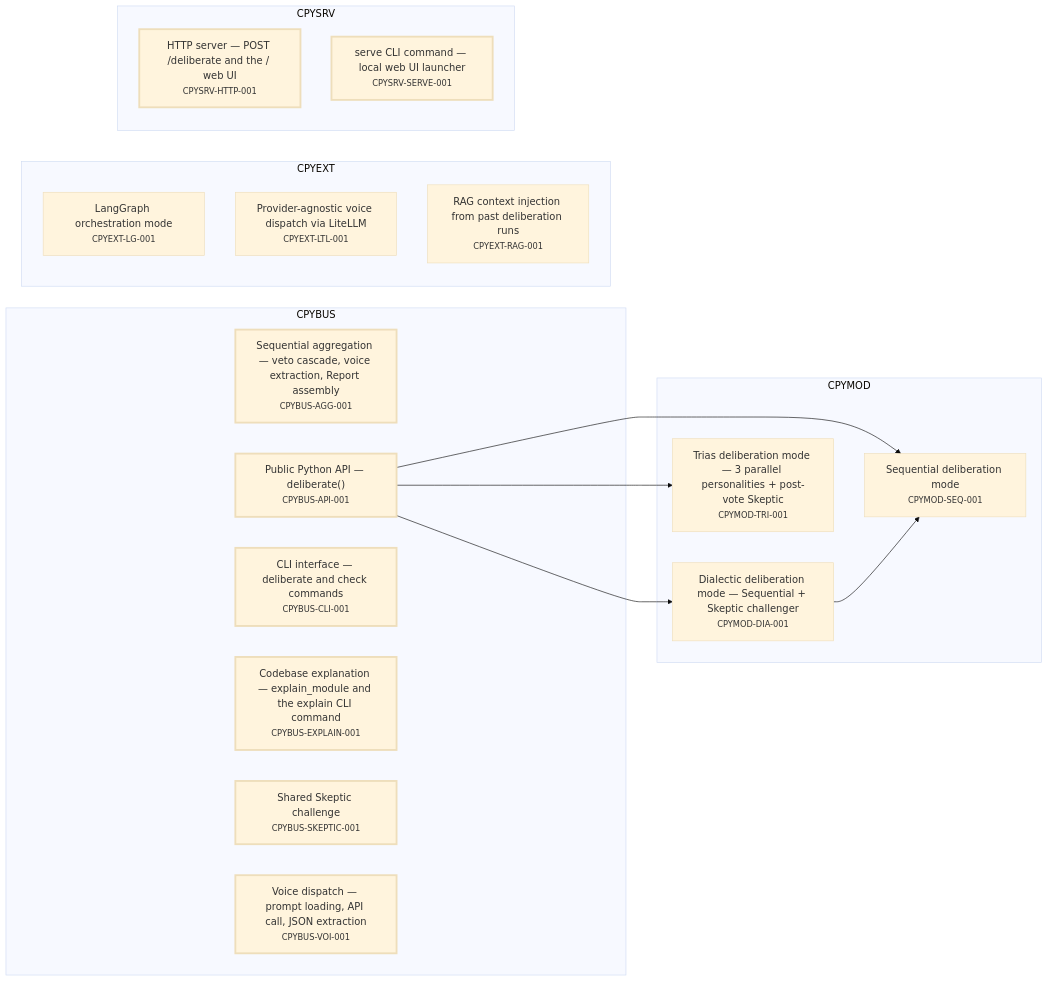
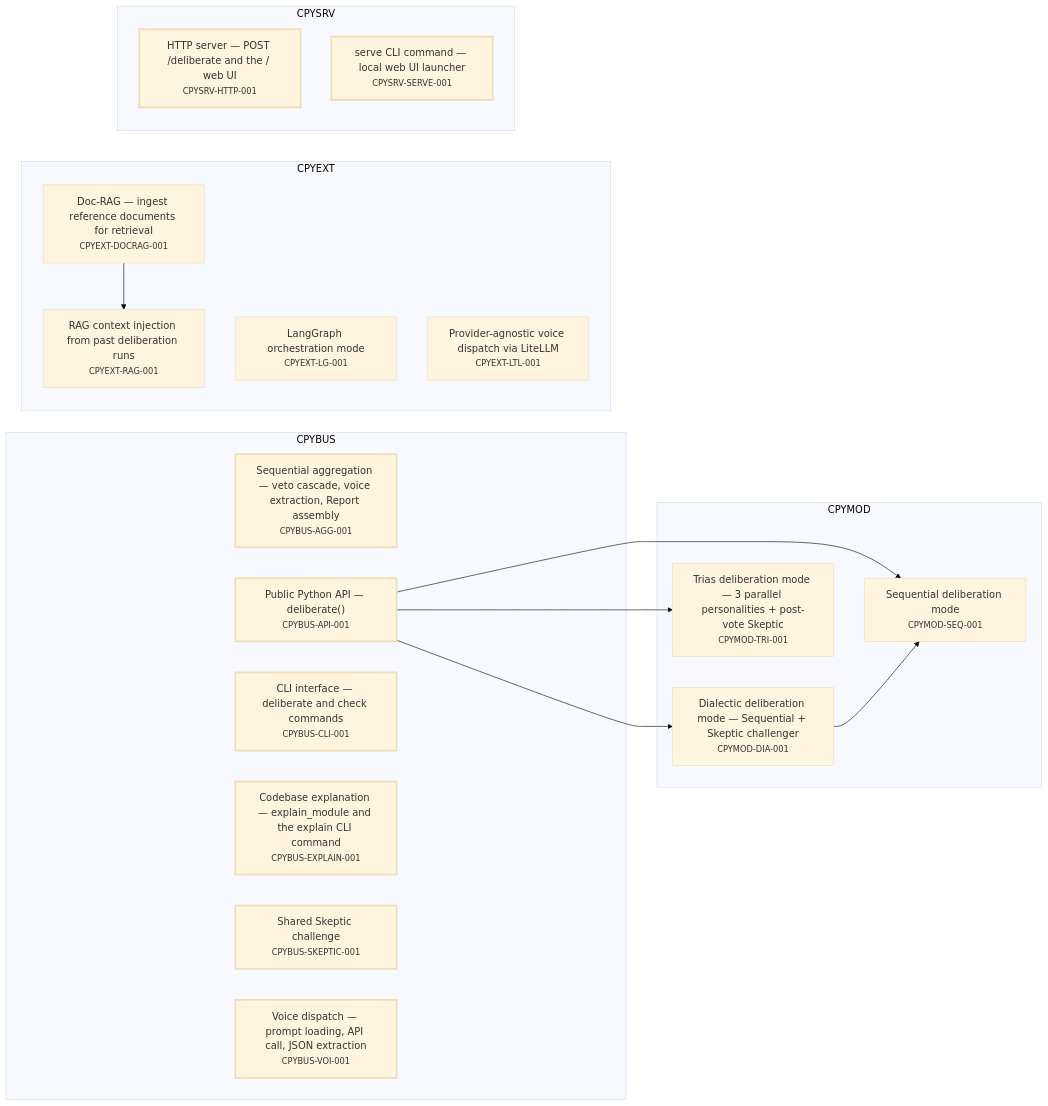
Before and after one commit to alxmax/Consilium-py: the first of 4 diagrams in requirements/_map.md, drawn with Mermaid (base theme). The commit also changed other lines of this file and 10 other files, not shown here.

````diff
--- a/requirements/_map.md
+++ b/requirements/_map.md
@@ -13,37 +13,39 @@
 ```mermaid
 graph LR
   subgraph sg_CPYBUS["CPYBUS"]
     CPYBUS_AGG_001["Sequential aggregation — veto cascade, voice extraction, Report assembly<br><small>CPYBUS-AGG-001</small>"]
     CPYBUS_API_001["Public Python API — deliberate()<br><small>CPYBUS-API-001</small>"]
     CPYBUS_CLI_001["CLI interface — deliberate and check commands<br><small>CPYBUS-CLI-001</small>"]
     CPYBUS_EXPLAIN_001["Codebase explanation — explain_module and the explain CLI command<br><small>CPYBUS-EXPLAIN-001</small>"]
     CPYBUS_SKEPTIC_001["Shared Skeptic challenge<br><small>CPYBUS-SKEPTIC-001</small>"]
     CPYBUS_VOI_001["Voice dispatch — prompt loading, API call, JSON extraction<br><small>CPYBUS-VOI-001</small>"]
   end
   subgraph sg_CPYEXT["CPYEXT"]
+    CPYEXT_DOCRAG_001["Doc-RAG — ingest reference documents for retrieval<br><small>CPYEXT-DOCRAG-001</small>"]
     CPYEXT_LG_001["LangGraph orchestration mode<br><small>CPYEXT-LG-001</small>"]
     CPYEXT_LTL_001["Provider-agnostic voice dispatch via LiteLLM<br><small>CPYEXT-LTL-001</small>"]
     CPYEXT_RAG_001["RAG context injection from past deliberation runs<br><small>CPYEXT-RAG-001</small>"]
   end
   subgraph sg_CPYMOD["CPYMOD"]
     CPYMOD_DIA_001["Dialectic deliberation mode — Sequential + Skeptic challenger<br><small>CPYMOD-DIA-001</small>"]
     CPYMOD_SEQ_001["Sequential deliberation mode<br><small>CPYMOD-SEQ-001</small>"]
     CPYMOD_TRI_001["Trias deliberation mode — 3 parallel personalities + post-vote Skeptic<br><small>CPYMOD-TRI-001</small>"]
   end
   subgraph sg_CPYSRV["CPYSRV"]
     CPYSRV_HTTP_001["HTTP server — POST /deliberate and the / web UI<br><small>CPYSRV-HTTP-001</small>"]
     CPYSRV_SERVE_001["serve CLI command — local web UI launcher<br><small>CPYSRV-SERVE-001</small>"]
   end
   CPYBUS_API_001 --> CPYMOD_SEQ_001
   CPYBUS_API_001 --> CPYMOD_DIA_001
   CPYBUS_API_001 --> CPYMOD_TRI_001
+  CPYEXT_DOCRAG_001 --> CPYEXT_RAG_001
   CPYMOD_DIA_001 --> CPYMOD_SEQ_001
   style CPYBUS_AGG_001 stroke-width:3px
   style CPYBUS_API_001 stroke-width:3px
   style CPYBUS_CLI_001 stroke-width:3px
   style CPYBUS_EXPLAIN_001 stroke-width:3px
   style CPYBUS_SKEPTIC_001 stroke-width:3px
   style CPYBUS_VOI_001 stroke-width:3px
   style CPYSRV_HTTP_001 stroke-width:3px
   style CPYSRV_SERVE_001 stroke-width:3px
 ```
````
